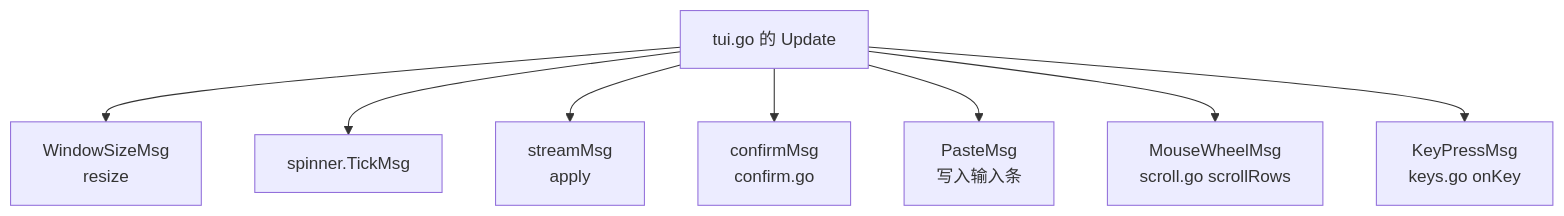
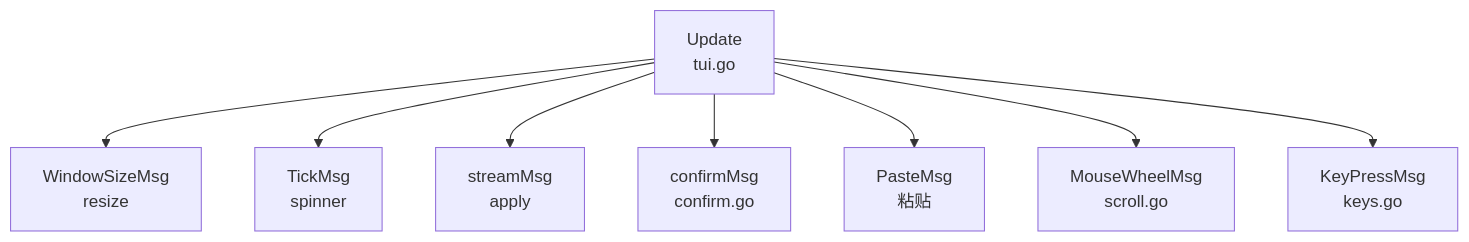
One commit to zyy17/pigo changed the first of 3 diagrams in docs/tui.zh-CN.md. Above: the diagram before and after it, drawn with Mermaid. The commit also changed other lines of this file and 5 other files, not shown here.

First line of the commit message:
docs: fix clipped labels in TUI diagrams

````diff
--- a/docs/tui.zh-CN.md
+++ b/docs/tui.zh-CN.md
@@ -11,11 +11,11 @@
 ```mermaid
 flowchart TD
-    update["tui.go 的 Update"]
+    update["Update<br/>tui.go"]
     update --> size["WindowSizeMsg<br/>resize"]
-    update --> tick["spinner.TickMsg"]
+    update --> tick["TickMsg<br/>spinner"]
     update --> stream["streamMsg<br/>apply"]
     update --> ask["confirmMsg<br/>confirm.go"]
-    update --> paste["PasteMsg<br/>写入输入条"]
-    update --> wheel["MouseWheelMsg<br/>scroll.go scrollRows"]
-    update --> key["KeyPressMsg<br/>keys.go onKey"]
+    update --> paste["PasteMsg<br/>粘贴"]
+    update --> wheel["MouseWheelMsg<br/>scroll.go"]
+    update --> key["KeyPressMsg<br/>keys.go"]
 ```
````
